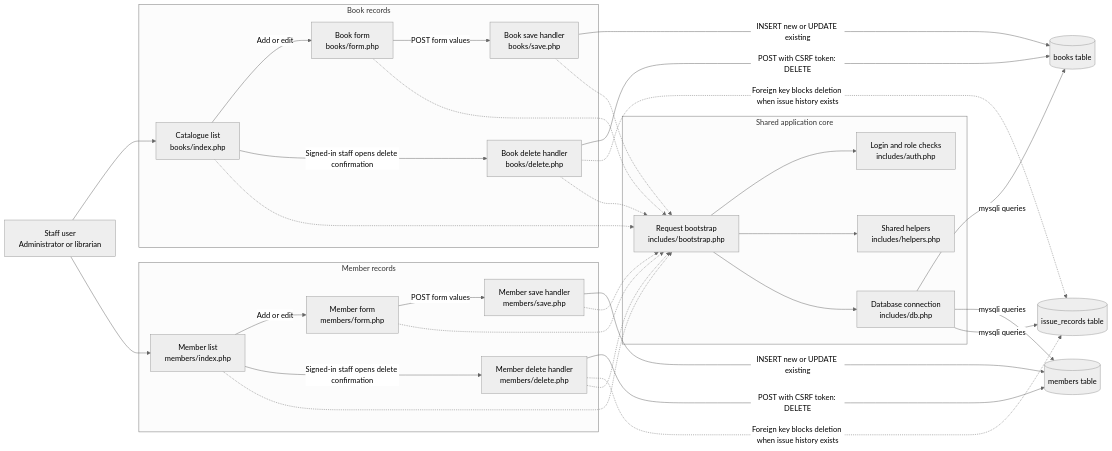
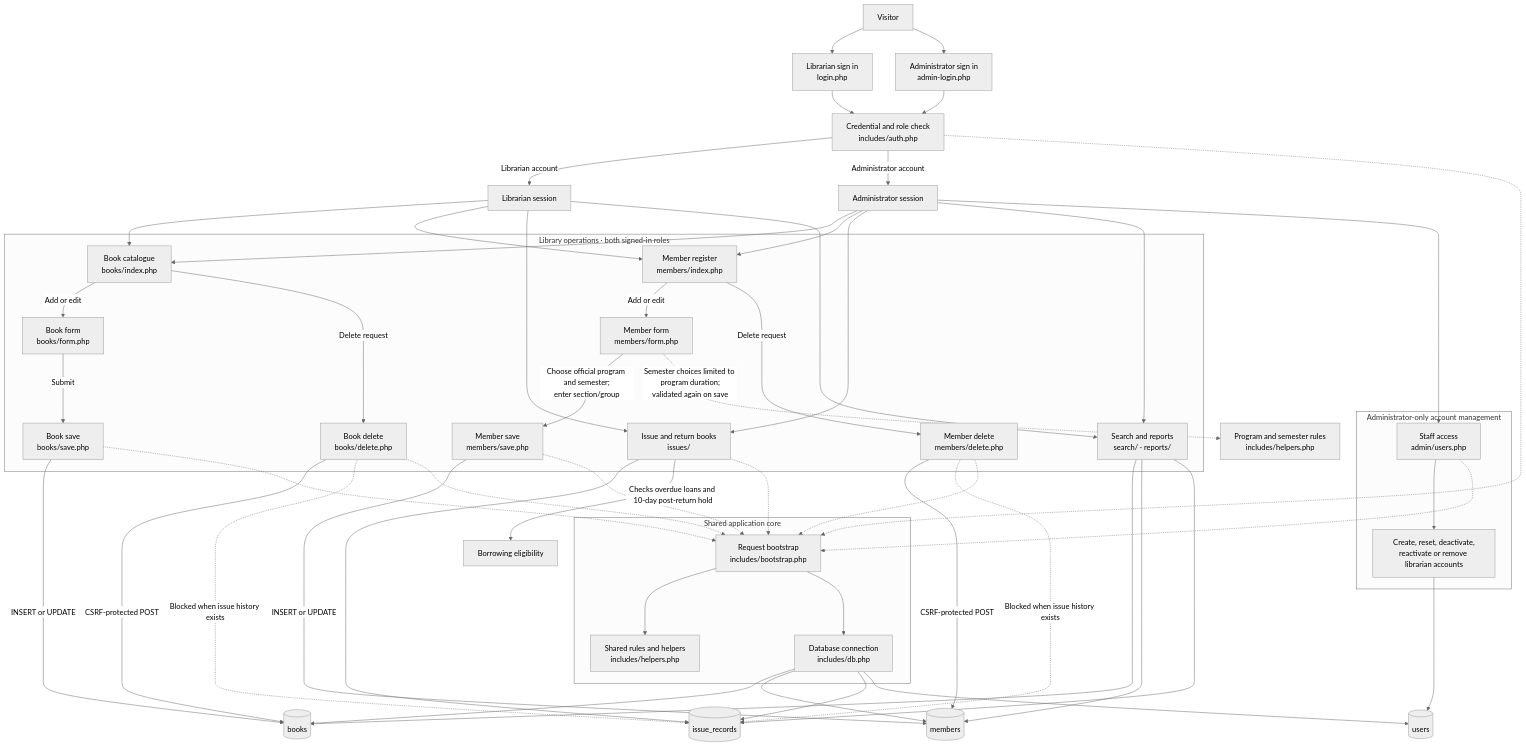
The diagram in README.md (chandanprajapat-7568/LibraryFlow), drawn with Mermaid (neutral theme) before and after one commit. The commit also changed other lines of this file, not shown here.

Commit message:
Update architecture diagram for current workflows

````diff
--- a/README.md
+++ b/README.md
@@ -22,57 +22,72 @@
 ```mermaid
-flowchart LR
-    Staff["Staff user<br/>Administrator or librarian"]
+flowchart TB
+    Visitor["Visitor"] --> LibrarianLogin["Librarian sign in<br/>login.php"]
+    Visitor --> AdminLogin["Administrator sign in<br/>admin-login.php"]
+    LibrarianLogin --> RoleCheck["Credential and role check<br/>includes/auth.php"]
+    AdminLogin --> RoleCheck
+    RoleCheck -->|Librarian account| Librarian["Librarian session"]
+    RoleCheck -->|Administrator account| Administrator["Administrator session"]
 
-    subgraph BookWorkflow[Book records]
-        BookList["Catalogue list<br/>books/index.php"]
-        BookForm["Book form<br/>books/form.php"]
-        BookSave["Book save handler<br/>books/save.php"]
-        BookDelete["Book delete handler<br/>books/delete.php"]
-        BookList -->|Add or edit| BookForm
-        BookForm -->|POST form values| BookSave
-        BookList -->|Signed-in staff opens delete confirmation| BookDelete
+    subgraph LibraryWork["Library operations · both signed-in roles"]
+        BooksPage["Book catalogue<br/>books/index.php"] -->|Add or edit| BookForm["Book form<br/>books/form.php"]
+        BookForm -->|Submit| BookSave["Book save<br/>books/save.php"]
+        BooksPage -->|Delete request| BookDelete["Book delete<br/>books/delete.php"]
+
+        MembersPage["Member register<br/>members/index.php"] -->|Add or edit| MemberForm["Member form<br/>members/form.php"]
+        MemberForm -->|Choose official program and semester;<br/>enter section/group| MemberSave["Member save<br/>members/save.php"]
+        MembersPage -->|Delete request| MemberDelete["Member delete<br/>members/delete.php"]
+
+        Loans["Issue and return books<br/>issues/"]
+        Discovery["Search and reports<br/>search/ · reports/"]
     end
 
-    subgraph MemberWorkflow[Member records]
-        MemberList["Member list<br/>members/index.php"]
-        MemberForm["Member form<br/>members/form.php"]
-        MemberSave["Member save handler<br/>members/save.php"]
-        MemberDelete["Member delete handler<br/>members/delete.php"]
-        MemberList -->|Add or edit| MemberForm
-        MemberForm -->|POST form values| MemberSave
-        MemberList -->|Signed-in staff opens delete confirmation| MemberDelete
+    Librarian --> BooksPage
+    Librarian --> MembersPage
+    Librarian --> Loans
+    Librarian --> Discovery
+    Administrator --> BooksPage
+    Administrator --> MembersPage
+    Administrator --> Loans
+    Administrator --> Discovery
+
+    MemberForm -.->|Semester choices limited to program duration;<br/>validated again on save| ProgramRules["Program and semester rules<br/>includes/helpers.php"]
+
+    subgraph AdminOnly["Administrator-only account management"]
+        StaffAccess["Staff access<br/>admin/users.php"] --> StaffAccounts["Create, reset, deactivate,<br/>reactivate or remove librarian accounts"]
     end
+    Administrator --> StaffAccess
 
-    Staff --> BookList
-    Staff --> MemberList
-
-    BookDelete -->|POST with CSRF token: DELETE| Books[("books table")]
-    BookSave -->|INSERT new or UPDATE existing| Books
-    MemberDelete -->|POST with CSRF token: DELETE| Members[("members table")]
-    MemberSave -->|INSERT new or UPDATE existing| Members
-
-    BookDelete -.->|Foreign key blocks deletion when issue history exists| Issues[("issue_records table")]
-    MemberDelete -.->|Foreign key blocks deletion when issue history exists| Issues
-
-    subgraph SharedCore[Shared application core]
+    subgraph Core["Shared application core"]
         Bootstrap["Request bootstrap<br/>includes/bootstrap.php"]
-        Auth["Login and role checks<br/>includes/auth.php"]
-        Helpers["Shared helpers<br/>includes/helpers.php"]
+        Helpers["Shared rules and helpers<br/>includes/helpers.php"]
         Database["Database connection<br/>includes/db.php"]
-        Bootstrap --> Auth
         Bootstrap --> Helpers
         Bootstrap --> Database
     end
 
-    BookList -.-> Bootstrap
-    BookForm -.-> Bootstrap
+    BookSave -->|INSERT or UPDATE| BooksTable[("books")]
+    BookDelete -->|CSRF-protected POST| BooksTable
+    MemberSave -->|INSERT or UPDATE| MembersTable[("members")]
+    MemberDelete -->|CSRF-protected POST| MembersTable
+    Loans --> IssuesTable[("issue_records")]
+    StaffAccounts --> UsersTable[("users")]
+    Discovery --> BooksTable
+    Discovery --> MembersTable
+    Discovery --> IssuesTable
+
+    BookDelete -.->|Blocked when issue history exists| IssuesTable
+    MemberDelete -.->|Blocked when issue history exists| IssuesTable
+    Loans -->|Checks overdue loans and 10-day post-return hold| BorrowingRules["Borrowing eligibility"]
+
+    RoleCheck -.-> Bootstrap
     BookSave -.-> Bootstrap
     BookDelete -.-> Bootstrap
-    MemberList -.-> Bootstrap
-    MemberForm -.-> Bootstrap
     MemberSave -.-> Bootstrap
     MemberDelete -.-> Bootstrap
-    Database -->|mysqli queries| Books
-    Database -->|mysqli queries| Members
-    Database -->|mysqli queries| Issues
+    Loans -.-> Bootstrap
+    StaffAccess -.-> Bootstrap
+    Database --> BooksTable
+    Database --> MembersTable
+    Database --> IssuesTable
+    Database --> UsersTable
 ```
````
